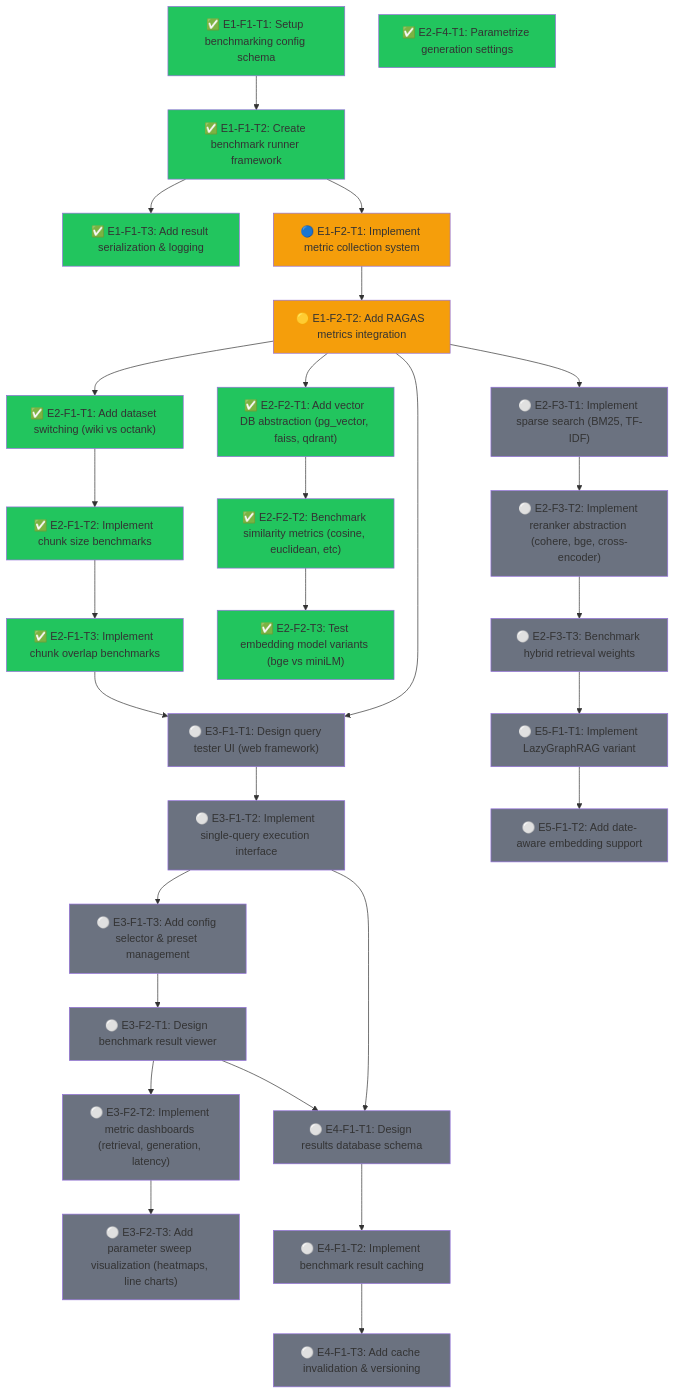
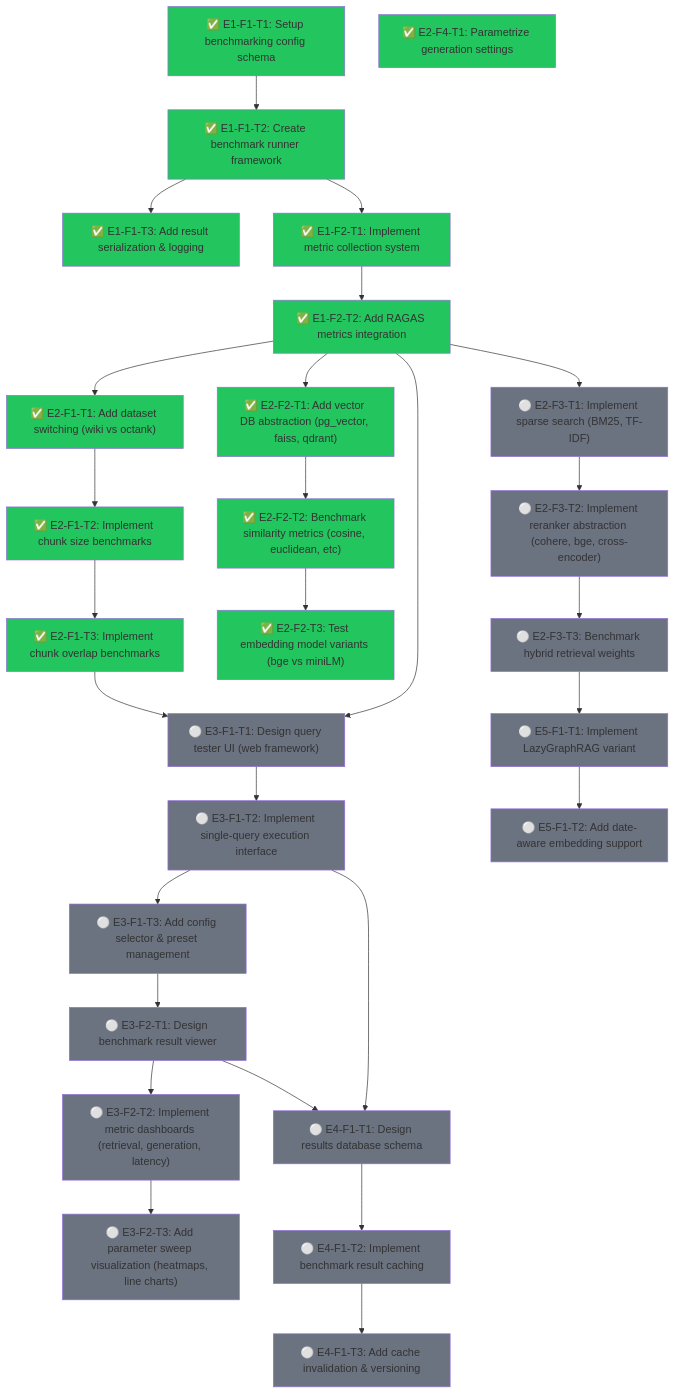
One commit to Vutiot/EvenementsRAG changed the diagram in ROADMAP.md. Above: the diagram before and after it, drawn with Mermaid. The commit also changed other lines of this file and 11 other files, not shown here.

First line of the commit message:
E1-F2-T2: integrate RAGAS metrics (12 LLM-judged RAG quality metrics)

```diff
--- a/ROADMAP.md
+++ b/ROADMAP.md
@@ -16,8 +16,8 @@
   E1F1T2["✅ E1-F1-T2: Create benchmark runner framework"]
   E1F1T3["✅ E1-F1-T3: Add result serialization & logging"]
 
-  E1F2T1["🔵 E1-F2-T1: Implement metric collection system"]
-  E1F2T2["🟡 E1-F2-T2: Add RAGAS metrics integration"]
+  E1F2T1["✅ E1-F2-T1: Implement metric collection system"]
+  E1F2T2["✅ E1-F2-T2: Add RAGAS metrics integration"]
 
   E2F1T1["✅ E2-F1-T1: Add dataset switching (wiki vs octank)"]
   E2F1T2["✅ E2-F1-T2: Implement chunk size benchmarks"]
@@ -81,8 +81,8 @@
   style E1F1T1 fill:#22c55e
   style E1F1T2 fill:#22c55e
   style E1F1T3 fill:#22c55e
-  style E1F2T1 fill:#f59e0b
-  style E1F2T2 fill:#f59e0b
+  style E1F2T1 fill:#22c55e
+  style E1F2T2 fill:#22c55e
   style E2F1T1 fill:#22c55e
   style E2F1T2 fill:#22c55e
   style E2F1T3 fill:#22c55e
```
